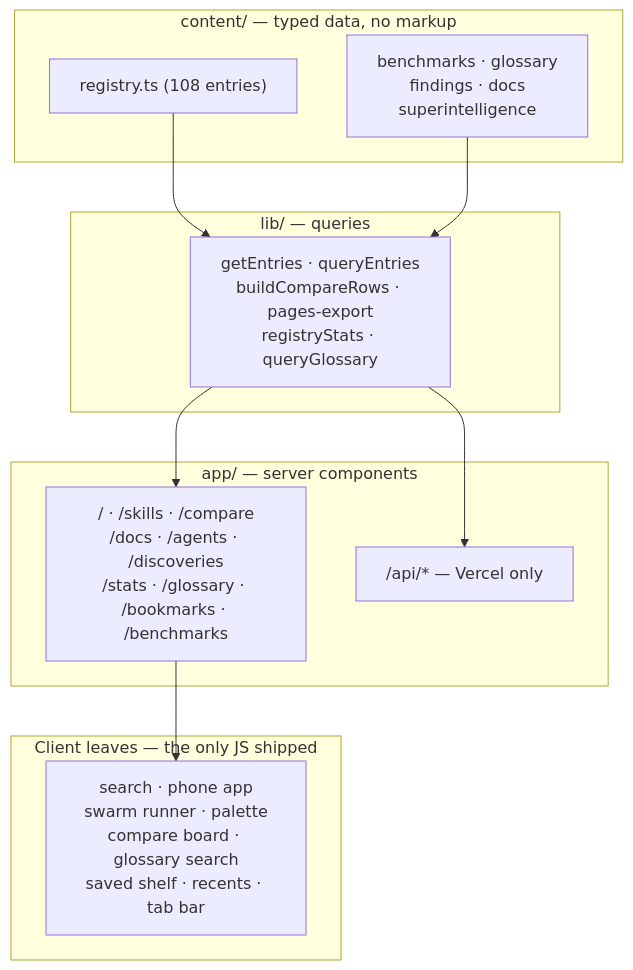
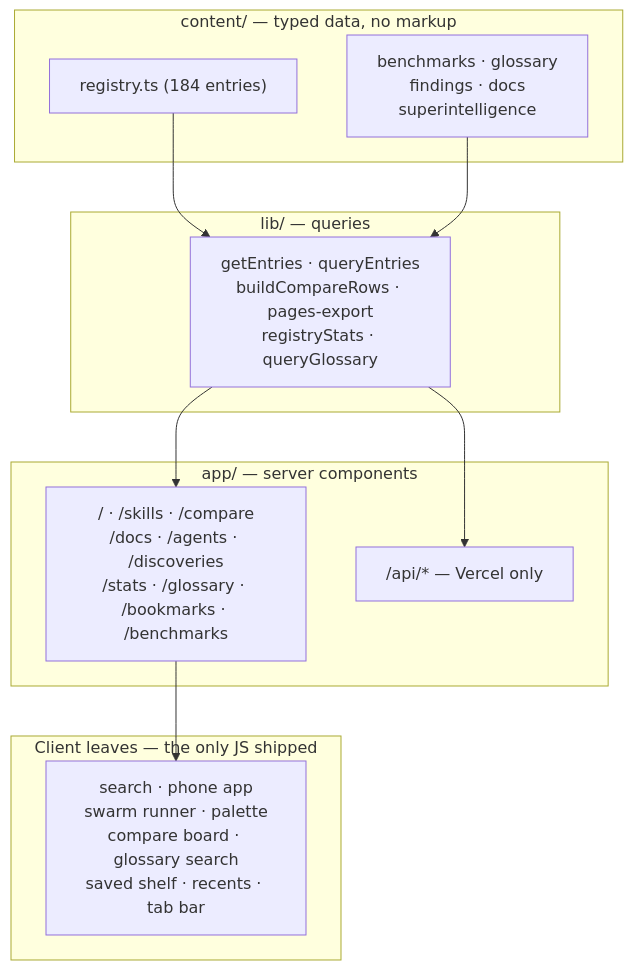
The first of 3 diagrams in README.md (aniruddhaadak80/wow-repo), drawn with Mermaid before and after one commit. The commit also changed other lines of this file and 33 other files, not shown here.

First line of the commit message:
feat: wire the taxonomy, chooser, quiz, timeline and graph surfaces

````diff
--- a/README.md
+++ b/README.md
@@ -88,22 +98,22 @@
 ```mermaid
 flowchart TB
     subgraph content["content/ — typed data, no markup"]
-        REG["registry.ts (108 entries)"]
+        REG["registry.ts (184 entries)"]
         MORE["benchmarks · glossary<br/>findings · docs<br/>superintelligence"]
     end
     subgraph lib["lib/ — queries"]
         Q["getEntries · queryEntries<br/>buildCompareRows · pages-export<br/>registryStats · queryGlossary"]
     end
     subgraph app["app/ — server components"]
         P["/ · /skills · /compare<br/>/docs · /agents · /discoveries<br/>/stats · /glossary · /bookmarks · /benchmarks"]
         API["/api/* — Vercel only"]
     end
     subgraph islands["Client leaves — the only JS shipped"]
         I["search · phone app<br/>swarm runner · palette<br/>compare board · glossary search<br/>saved shelf · recents · tab bar"]
     end
     REG --> Q
     MORE --> Q
     Q --> P
     Q --> API
     P --> I
 ```
````
